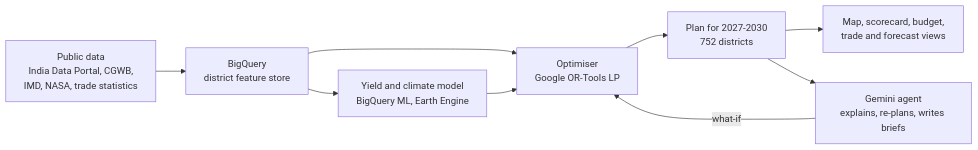
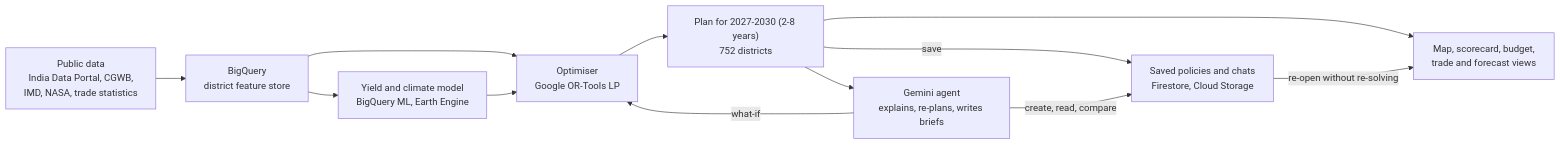
One commit to GV-droid/Agri-Sus changed the first of 6 diagrams in docs/HOW_IT_WORKS.md. Above: the diagram before and after it, drawn with Mermaid. The commit also changed other lines of this file and 41 other files, not shown here.

````diff
--- a/docs/HOW_IT_WORKS.md
+++ b/docs/HOW_IT_WORKS.md
@@ -55,11 +59,14 @@
 ```mermaid
 flowchart LR
   A["Public data<br/>India Data Portal, CGWB,<br/>IMD, NASA, trade statistics"] --> B["BigQuery<br/>district feature store"]
   B --> C["Yield and climate model<br/>BigQuery ML, Earth Engine"]
   B --> D["Optimiser<br/>Google OR-Tools LP"]
   C --> D
-  D --> E["Plan for 2027-2030<br/>752 districts"]
+  D --> E["Plan for 2027-2030 (2-8 years)<br/>752 districts"]
   E --> F["Map, scorecard, budget,<br/>trade and forecast views"]
   E --> G["Gemini agent<br/>explains, re-plans, writes briefs"]
   G -- "what-if" --> D
+  E -- "save" --> H["Saved policies and chats<br/>Firestore, Cloud Storage"]
+  G -- "create, read, compare" --> H
+  H -- "re-open without re-solving" --> F
 ```
````
